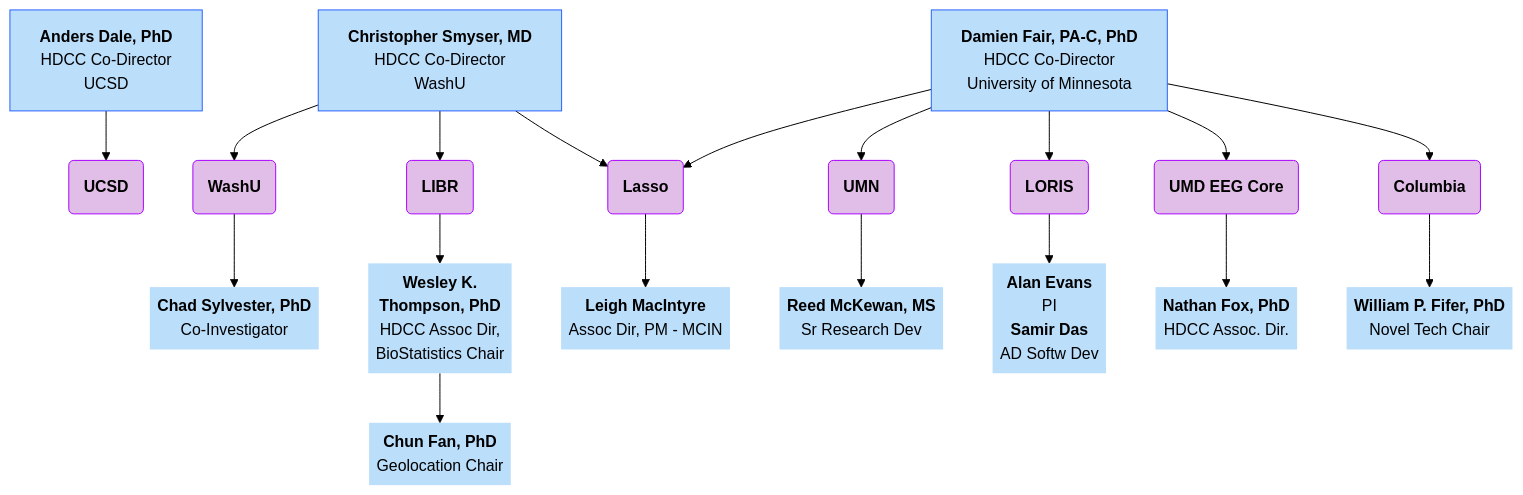
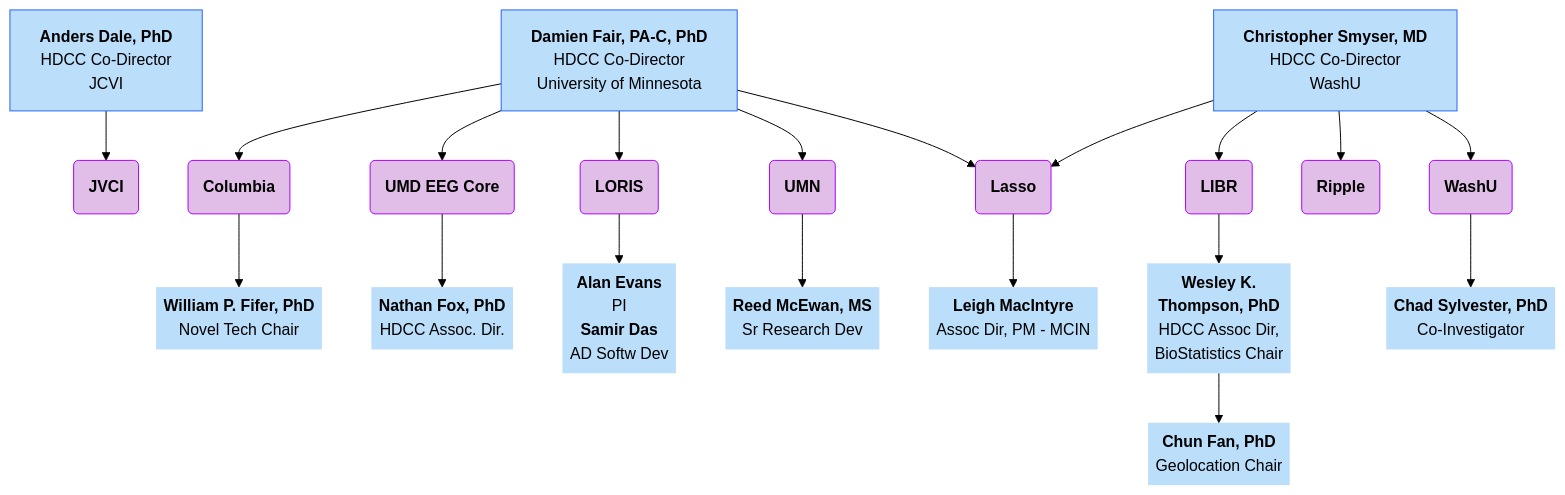
One commit to DCAN-Labs/hbcd-docs-internal changed the first of 4 diagrams in docs/orgcharts.md. Above: the diagram before and after it, drawn with Mermaid (forest theme).

Commit message:
add Ripple to Overview

````diff
--- a/docs/orgcharts.md
+++ b/docs/orgcharts.md
@@ -12,60 +12,62 @@
 ```mermaid
 flowchart TB
-    n2["<b>Anders Dale, PhD<br></b>HDCC Co-Director<br>UCSD"] --> ucsd["<b>UCSD</b>"]
+    n2["<b>Anders Dale, PhD<br></b>HDCC Co-Director<br>JCVI"] --> jvci["<b>JVCI</b>"]
     E["<b>Damien Fair, PA-C, PhD</b><br>HDCC Co-Director<br>University of Minnesota"] --> lasso["<b>Lasso</b>"] & umn["<b>UMN</b>"] & n7["<b>LORIS</b>"] & n8["<b>UMD EEG Core</b>"] & n11["<b>Columbia</b>"]
     lasso --> lasso1["<b>Leigh MacIntyre</b><br>Assoc Dir, PM - MCIN"]
-    n1["<b>Christopher Smyser, MD<br></b>HDCC Co-Director<br>WashU"] --> n10["<b>WashU</b><br>"] & n12["<b>LIBR</b>"] & lasso
+    n1["<b>Christopher Smyser, MD<br></b>HDCC Co-Director<br>WashU"] --> n10["<b>WashU</b><br>"] & ripple["<b>Ripple</b>"] & n12["<b>LIBR</b>"] & lasso
     n16@{ label: "<span style=\"--tw-scale-x:\"><b>Wesley K.<br>Thompson, PhD<br></b>HDCC Assoc Dir,<br>BioStatistics Chair</span><br>" } --> n17@{ label: "<span style=\"color:\"><b>Chun Fan, PhD<br></b></span><span style=\"--tw-scale-x:\">Geolocation Chair</span><br style=\"--tw-scale-x:\">" }
     n12 --> n16
     n11 --> n18@{ label: "<b>William P. Fifer, PhD<br></b><span style=\"--tw-scale-x:\">Novel Tech Chair</span>" }
     n8 --> n19["<b>Nathan Fox, PhD<br></b>HDCC Assoc. Dir."]
     n7 --> n20@{ label: "<b><span style=\"color:\">Alan Evans</span><br style=\"--tw-scale-x:\"></b><span style=\"--tw-scale-x:\">PI</span><br style=\"--tw-scale-x:\"><b><span style=\"color:\">Samir Das</span><br style=\"--tw-scale-x:\"></b><span style=\"--tw-scale-x:\">AD Softw Dev</span>" }
-    umn --> reed["<b>Reed McKewan, MS</b><br>Sr Research Dev"]
+    umn --> reed["<b>Reed McEwan, MS</b><br>Sr Research Dev"]
     n10 --> n22@{ label: "<b><span style=\"color:\">Chad Sylvester, PhD</span><br style=\"--tw-scale-x:\"></b><span style=\"--tw-scale-x:\">Co-Investigator</span>" }
 
-    n1@{ shape: rect}
+    n2@{ shape: rect}
+    jvci@{ shape: rounded}
     E@{ shape: rect}
-    n2@{ shape: rect}
-    ucsd@{ shape: rounded}
     lasso@{ shape: rounded}
     umn@{ shape: rounded}
     n7@{ shape: rounded}
     n8@{ shape: rounded}
     n11@{ shape: rounded}
     lasso1@{ shape: text}
+    n1@{ shape: rect}
     n10@{ shape: rounded}
+    ripple@{ shape: rounded}
     n12@{ shape: rounded}
     n16@{ shape: text}
     n17@{ shape: text}
     n18@{ shape: text}
     n19@{ shape: text}
     n20@{ shape: text}
     reed@{ shape: text}
     n22@{ shape: text}
-    style n1 fill:#BBDEFB,stroke:#2962FF
+    style n2 fill:#BBDEFB,stroke:#2962FF
+    style jvci fill:#E1BEE7,stroke:#AA00FF
     style E fill:#BBDEFB,stroke:#2962FF
-    style n2 fill:#BBDEFB,stroke:#2962FF
-    style ucsd fill:#E1BEE7,stroke:#AA00FF
     style lasso fill:#E1BEE7,stroke:#AA00FF
     style umn fill:#E1BEE7,stroke:#AA00FF
     style n7 fill:#E1BEE7,stroke:#AA00FF
     style n8 fill:#E1BEE7,stroke:#AA00FF
     style n11 fill:#E1BEE7,stroke:#AA00FF
     style lasso1 fill:#BBDEFB
+    style n1 fill:#BBDEFB,stroke:#2962FF
     style n10 fill:#E1BEE7,stroke:#AA00FF
+    style ripple fill:#E1BEE7,stroke:#AA00FF
     style n12 fill:#E1BEE7,stroke:#AA00FF
     style n16 fill:#BBDEFB
     style n17 fill:#BBDEFB
     style n18 fill:#BBDEFB
     style n19 fill:#BBDEFB
     style n20 fill:#BBDEFB
     style reed fill:#BBDEFB
     style n22 fill:#BBDEFB
-    click ucsd "#ucsd"
+    click jvci "#j-craig-venter-institute"
     click lasso "#lasso"
     click umn "#university-of-minnesota"
     click n7 "#loris"
     click n8 "#umd-eeg-core"
     click n11 "#columbia"
     click n10 "#washu"
 ```
````
